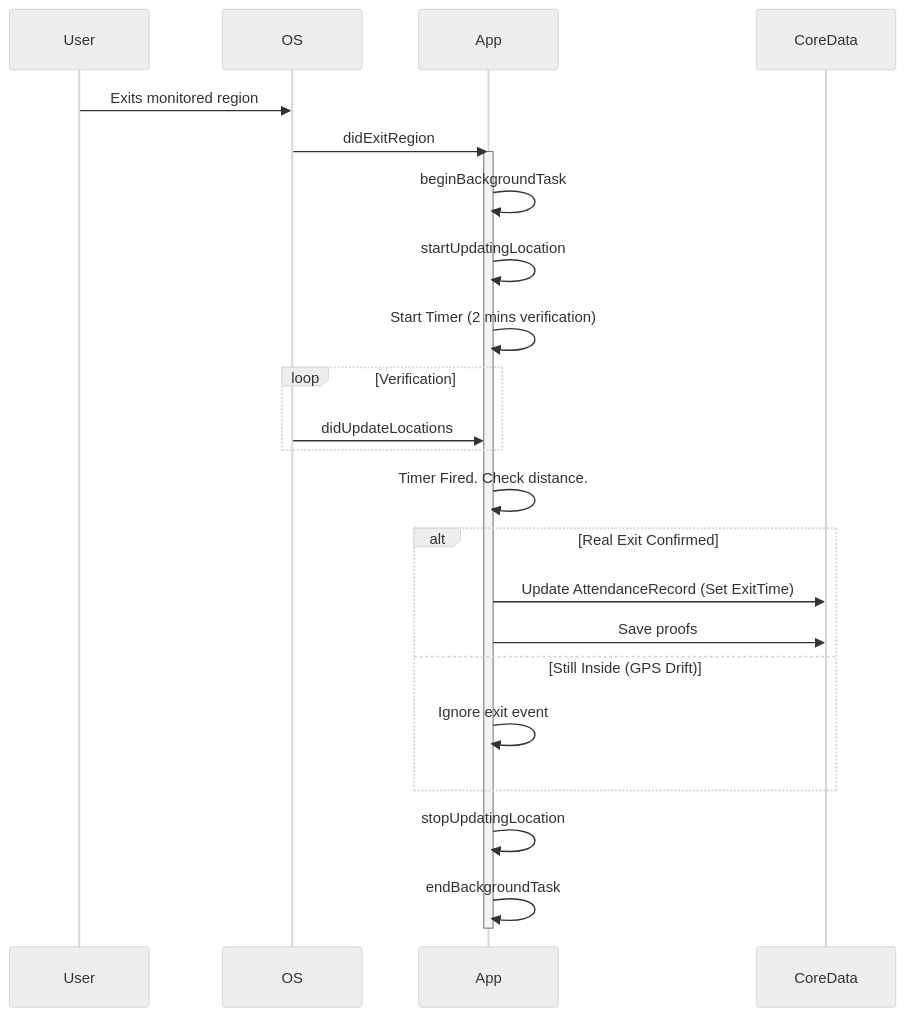
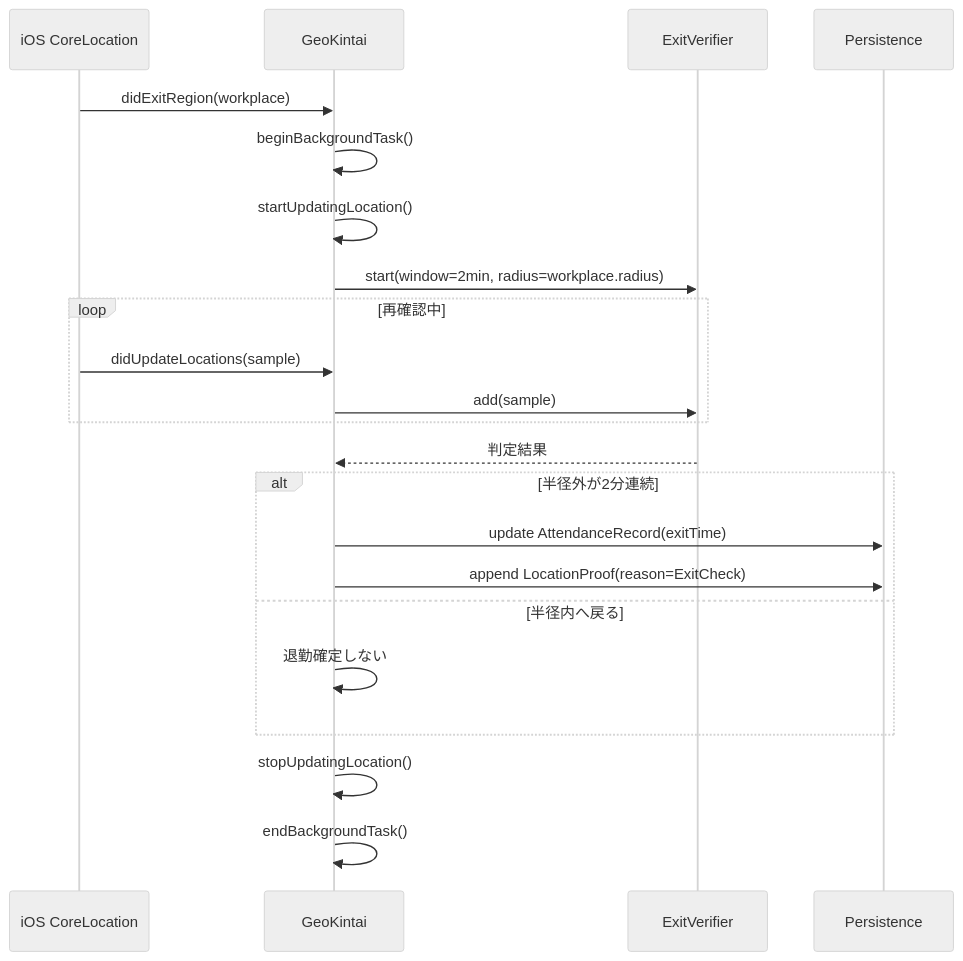
Before and after one commit to K0mork/GeoKintai: the second of 4 diagrams in docs/logic_flow.md, drawn with Mermaid (neutral theme). The commit also changed other lines of this file and 14 other files, not shown here.

````diff
--- a/docs/logic_flow.md
+++ b/docs/logic_flow.md
@@ -50,26 +39,28 @@
 ```mermaid
 sequenceDiagram
-    User->>OS: Exits monitored region
-    OS->>App: didExitRegion
-    activate App
-    App->>App: beginBackgroundTask
-    App->>App: startUpdatingLocation
-    App->>App: Start Timer (2 mins verification)
-    
-    loop Verification
-        OS->>App: didUpdateLocations
+    participant OS as iOS CoreLocation
+    participant App as GeoKintai
+    participant Verifier as ExitVerifier
+    participant DB as Persistence
+
+    OS->>App: didExitRegion(workplace)
+    App->>App: beginBackgroundTask()
+    App->>App: startUpdatingLocation()
+    App->>Verifier: start(window=2min, radius=workplace.radius)
+
+    loop 再確認中
+        OS->>App: didUpdateLocations(sample)
+        App->>Verifier: add(sample)
     end
-    
-    App->>App: Timer Fired. Check distance.
-    
-    alt Real Exit Confirmed
-        App->>CoreData: Update AttendanceRecord (Set ExitTime)
-        App->>CoreData: Save proofs
-    else Still Inside (GPS Drift)
-        App->>App: Ignore exit event
+
+    Verifier-->>App: 判定結果
+    alt 半径外が2分連続
+        App->>DB: update AttendanceRecord(exitTime)
+        App->>DB: append LocationProof(reason=ExitCheck)
+    else 半径内へ戻る
+        App->>App: 退勤確定しない
     end
-    
-    App->>App: stopUpdatingLocation
-    App->>App: endBackgroundTask
-    deactivate App
+
+    App->>App: stopUpdatingLocation()
+    App->>App: endBackgroundTask()
 ```
````
